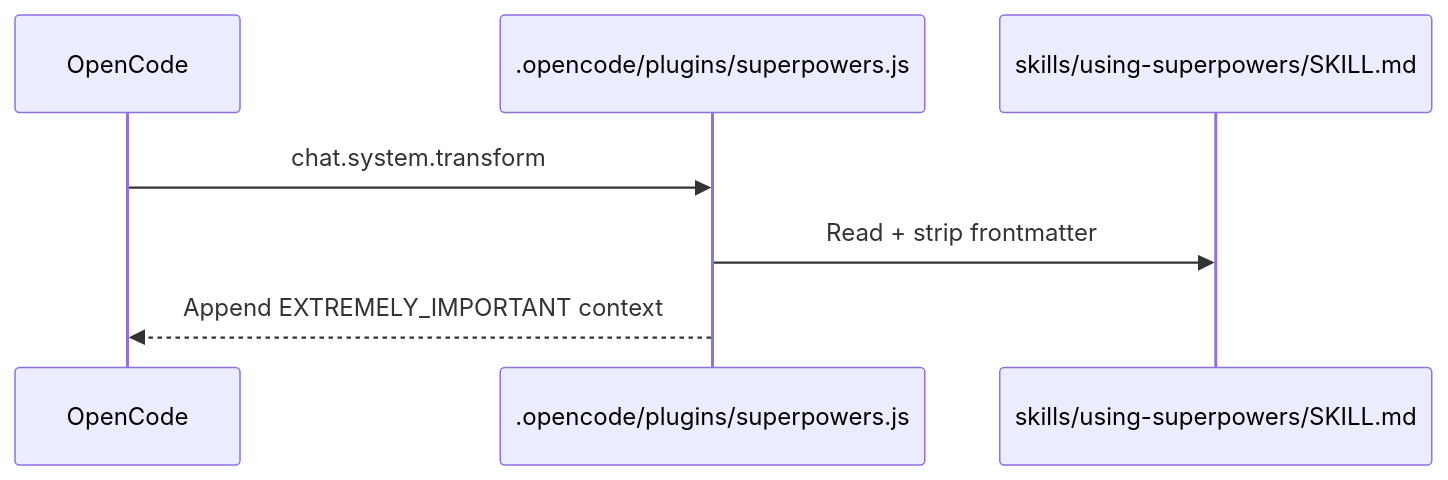
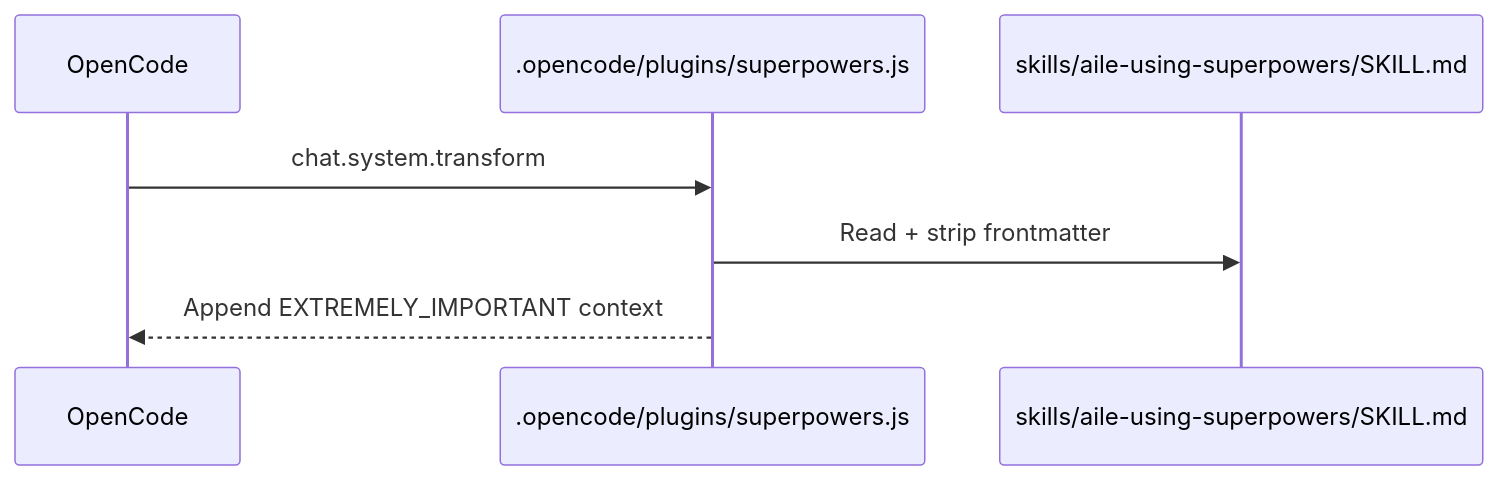
Before and after one commit to zhucl1006/ailesuperpowers: the third of 3 diagrams in docs/specs/SAD.md, drawn with Mermaid. The commit also changed other lines of this file and 72 other files, not shown here.

````diff
--- a/docs/specs/SAD.md
+++ b/docs/specs/SAD.md
@@ -85,9 +85,9 @@
 ```mermaid
 sequenceDiagram
     participant OpenCode
     participant Plugin as .opencode/plugins/superpowers.js
-    participant Skills as skills/using-superpowers/SKILL.md
+    participant Skills as skills/aile-using-superpowers/SKILL.md
     OpenCode->>Plugin: chat.system.transform
     Plugin->>Skills: Read + strip frontmatter
     Plugin-->>OpenCode: Append EXTREMELY_IMPORTANT context
 ```
````
